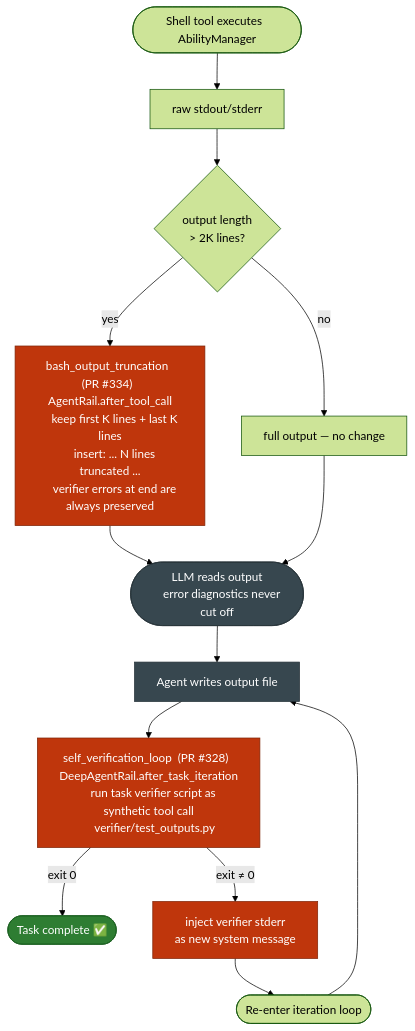
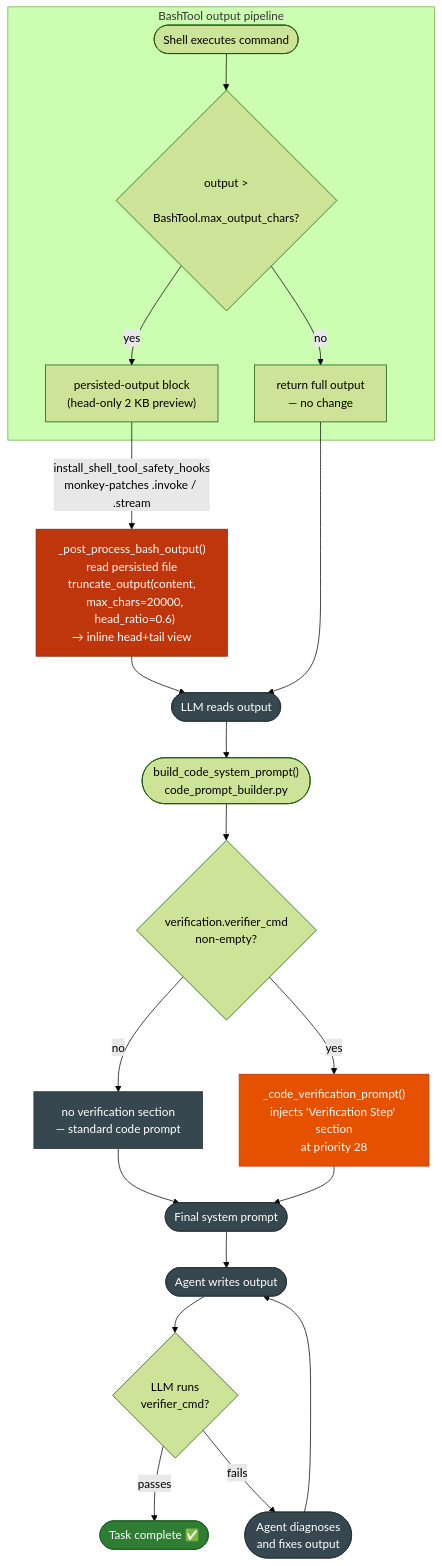
One commit to michaelatamuk/openjiuwen-jiuwenswarm changed the seventh of 8 diagrams in docs-michael/Implementation.Overview.md. Above: the diagram before and after it, drawn with Mermaid (forest theme). The commit also changed other lines of this file, not shown here.

````diff
--- a/docs-michael/Implementation.Overview.md
+++ b/docs-michael/Implementation.Overview.md
@@ -1256,37 +1256,38 @@
 ```mermaid
 flowchart TD
     classDef post fill:#BF360C,color:#fff,stroke:#7f2407
     classDef done fill:#2E7D32,color:#fff,stroke:#1B5E20
+    classDef pre  fill:#E65100,color:#fff,stroke:#BF360C
     classDef io   fill:#37474F,color:#fff,stroke:#263238
 
-    SHELL(["Shell tool executes  AbilityManager"])
+    subgraph tool ["BashTool output pipeline"]
+        SHELL(["Shell executes command"])
+        SHELL --> TRUNC{"output >
+        BashTool.max_output_chars?"}
+        TRUNC -->|"no"| RET_FULL["return full output\n— no change"]
+        TRUNC -->|"yes"| PERSIST["persisted-output block\n(head-only 2 KB preview)"]
+    end
 
-    SHELL --> RAW["raw stdout/stderr"]
+    PERSIST -->|"install_shell_tool_safety_hooks\nmonkey-patches .invoke / .stream"| PP["_post_process_bash_output()\nread persisted file\ntruncate_output(content,\n  max_chars=20000,\n  head_ratio=0.6)\n→ inline head+tail view"]:::post
 
-    RAW --> LEN{"output length
-    > 2K lines?"}
+    PP & RET_FULL --> LLM(["LLM reads output"]):::io
 
-    LEN -->|"yes"| HT["bash_output_truncation  (PR #334)  AgentRail.after_tool_call
-    keep first K lines + last K lines
-    insert: ... N lines truncated ...
-    verifier errors at end are always preserved"]:::post
+    LLM --> BUILD(["build_code_system_prompt()\ncode_prompt_builder.py"])
 
-    LEN -->|"no"| FULL["full output — no change"]
+    BUILD --> VCFG{"verification.verifier_cmd\nnon-empty?"}
 
-    HT & FULL --> LLM_READ(["LLM reads output
-    error diagnostics never cut off"]):::io
+    VCFG -->|"no"| NO_VER["no verification section\n— standard code prompt"]:::io
 
-    LLM_READ --> AGENT["Agent writes output file"]:::io
+    VCFG -->|"yes"| VSEC["_code_verification_prompt()\ninjects 'Verification Step' section\nat priority 28"]:::pre
 
-    AGENT --> SV["self_verification_loop  (PR #328)  DeepAgentRail.after_task_iteration
-    run task verifier script as synthetic tool call
-    verifier/test_outputs.py"]:::post
+    NO_VER & VSEC --> PROMPT(["Final system prompt"]):::io
 
-    SV -->|"exit 0"| DONE(["Task complete ✅"]):::done
+    PROMPT --> AGENT(["Agent writes output"]):::io
 
-    SV -->|"exit ≠ 0"| REINJ["inject verifier stderr
-    as new system message"]:::post
+    AGENT --> VCMD{"LLM runs\nverifier_cmd?"}
 
-    REINJ --> LOOP(["Re-enter iteration loop"])
-    LOOP --> AGENT
+    VCMD -->|"passes"| DONE(["Task complete ✅"]):::done
+    VCMD -->|"fails"| DIAG(["Agent diagnoses\nand fixes output"]):::io
+
+    DIAG --> AGENT
 ```
````
